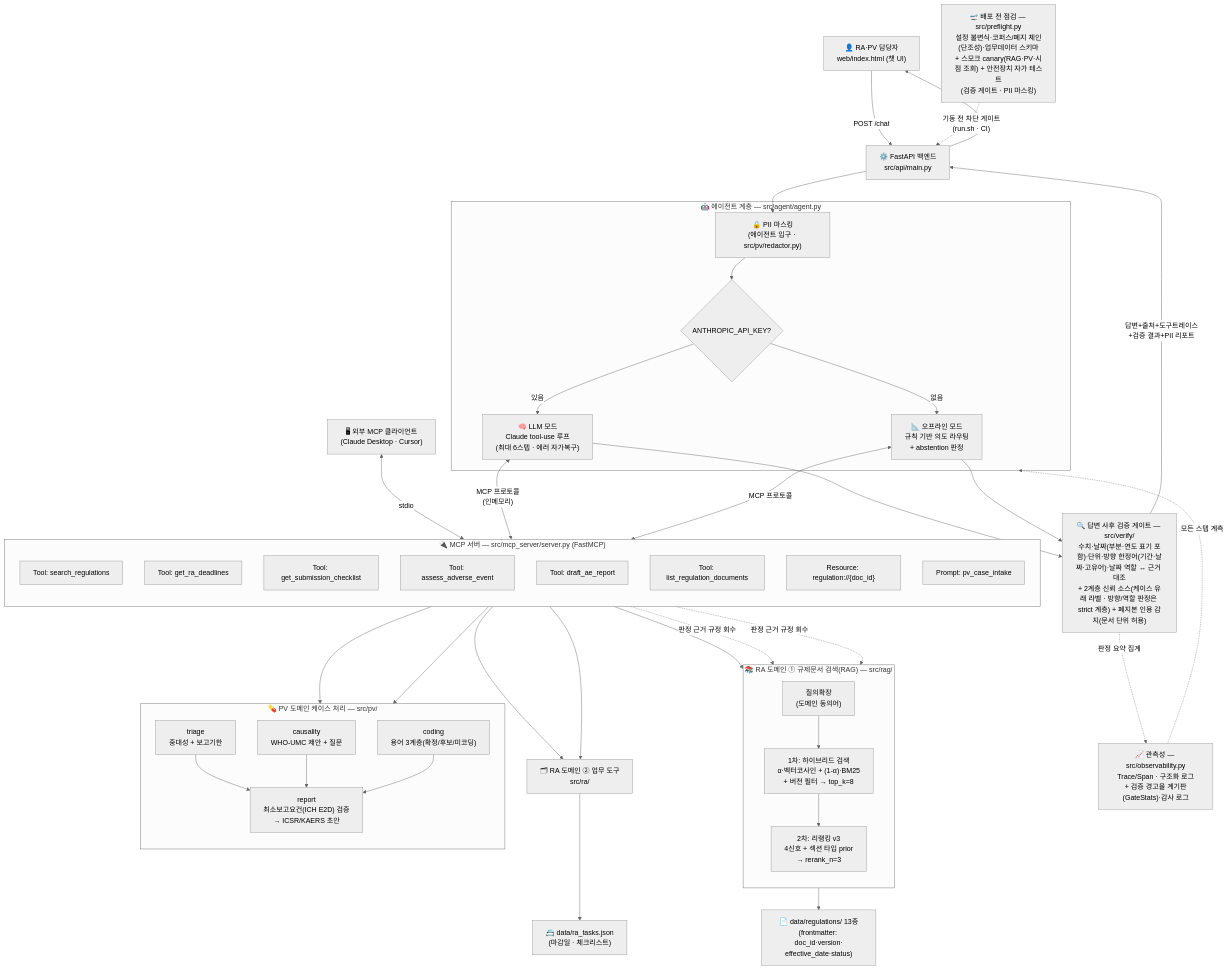
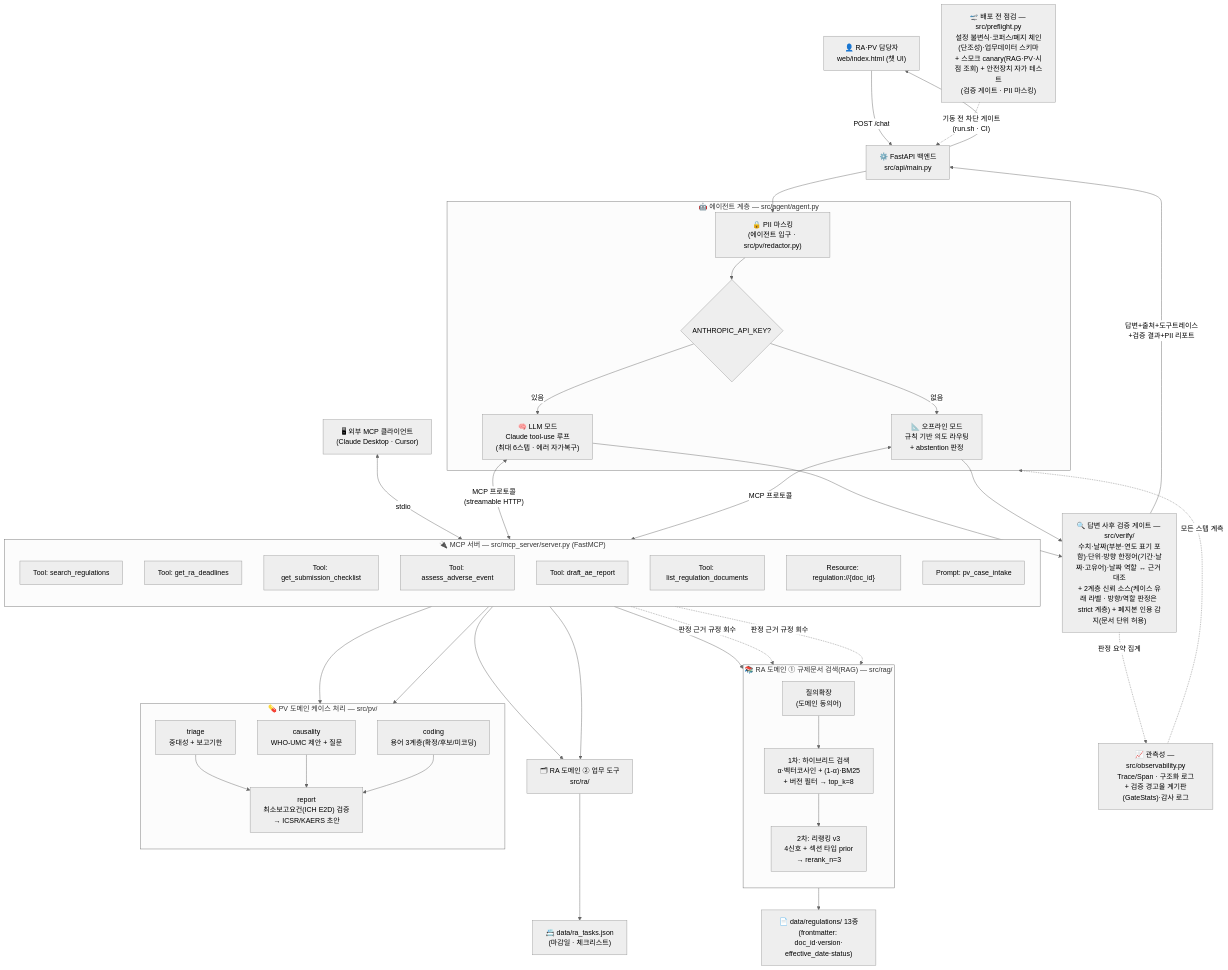
Before and after one commit to chaeyoo/letsgogc: the first of 4 diagrams in project/description/아키텍처.md, drawn with Mermaid (neutral theme). The commit also changed 34 other files, not shown here.

First line of the commit message:
feat: MCP 서버 완전 분리 — 인메모리 → 독립 HTTP 프로세스 + 2-서비스 배포

````diff
--- a/project/description/아키텍처.md
+++ b/project/description/아키텍처.md
@@ -11,61 +11,61 @@
 ```mermaid
 flowchart TB
     U["👤 RA·PV 담당자<br/>web/index.html (챗 UI)"] -->|"POST /chat"| API["⚙️ FastAPI 백엔드<br/>src/api/main.py"]
     EXT["🖥 외부 MCP 클라이언트<br/>(Claude Desktop · Cursor)"] <-->|"stdio"| MCP
 
     API --> RED["🔒 PII 마스킹<br/>(에이전트 입구 · src/pv/redactor.py)"]
 
     subgraph AGENT["🤖 에이전트 계층 — src/agent/agent.py"]
         RED --> MODE{"ANTHROPIC_API_KEY?"}
         MODE -->|있음| LLMM["🧠 LLM 모드<br/>Claude tool-use 루프<br/>(최대 6스텝 · 에러 자가복구)"]
         MODE -->|없음| OFF["📐 오프라인 모드<br/>규칙 기반 의도 라우팅<br/>+ abstention 판정"]
     end
 
-    LLMM <-->|"MCP 프로토콜<br/>(인메모리)"| MCP
+    LLMM <-->|"MCP 프로토콜<br/>(streamable HTTP)"| MCP
     OFF <-->|"MCP 프로토콜"| MCP
 
     subgraph MCP["🔌 MCP 서버 — src/mcp_server/server.py (FastMCP)"]
         direction TB
         T1["Tool: search_regulations"]
         T2["Tool: get_ra_deadlines"]
         T3["Tool: get_submission_checklist"]
         T4["Tool: assess_adverse_event"]
         T5["Tool: draft_ae_report"]
         T6["Tool: list_regulation_documents"]
         R1["Resource: regulation://{doc_id}"]
         P1["Prompt: pv_case_intake"]
     end
 
     T1 --> RAGP
     T4 --> PVW
     T5 --> PVW
     T4 -.->|"판정 근거 규정 회수"| RAGP
     T5 -.->|"판정 근거 규정 회수"| RAGP
     T2 --> RAT["🗂 RA 도메인 ② 업무 도구<br/>src/ra/"] --> DB["📇 data/ra_tasks.json<br/>(마감일 · 체크리스트)"]
     T3 --> RAT
 
     subgraph RAGP["📚 RA 도메인 ① 규제문서 검색(RAG) — src/rag/"]
         direction TB
         QE["질의확장<br/>(도메인 동의어)"] --> HY["1차: 하이브리드 검색<br/>α·벡터코사인 + (1-α)·BM25<br/>+ 버전 필터 → top_k=8"]
         HY --> RR["2차: 리랭킹 v3<br/>4신호 + 섹션 타입 prior<br/>→ rerank_n=3"]
     end
 
     subgraph PVW["💊 PV 도메인 케이스 처리 — src/pv/"]
         direction TB
         TR["triage<br/>중대성 + 보고기한"] --> RP["report<br/>최소보고요건(ICH E2D) 검증<br/>→ ICSR/KAERS 초안"]
         CA["causality<br/>WHO-UMC 제안 + 질문"] --> RP
         CO["coding<br/>용어 3계층(확정/후보/미코딩)"] --> RP
     end
 
     RAGP --> DOCS["📄 data/regulations/ 13종<br/>(frontmatter: doc_id·version·<br/>effective_date·status)"]
 
     LLMM --> VER
     OFF --> VER
     VER["🔍 답변 사후 검증 게이트 — src/verify/<br/>수치·날짜(부분·연도 표기 포함)·단위·방향 한정어(기간·날짜·고유어)·날짜 역할 ↔ 근거 대조<br/>+ 2계층 신뢰 소스(케이스 유래 라벨 · 방향/역할 판정은 strict 계층) + 폐지본 인용 감지(문서 단위 허용)"] -->|"답변+출처+도구트레이스<br/>+검증 결과+PII 리포트"| API
     API --> U
 
     OBS["📈 관측성 — src/observability.py<br/>Trace/Span · 구조화 로그<br/>+ 검증 경고율 계기판(GateStats)·감사 로그"] -.모든 스텝 계측.-> AGENT
     VER -. 판정 요약 집계 .-> OBS
 
     PRE["🛫 배포 전 점검 — src/preflight.py<br/>설정 불변식·코퍼스/폐지 체인(단조성)·업무데이터 스키마<br/>+ 스모크 canary(RAG·PV·시점 조회) + 안전장치 자가 테스트<br/>(검증 게이트 · PII 마스킹)"] -. "기동 전 차단 게이트<br/>(run.sh · CI)" .-> API
 ```
````
